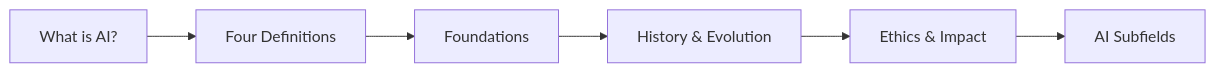
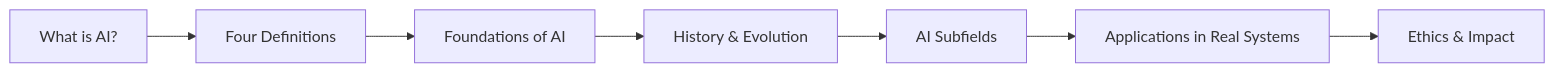
One commit to Raushan666java/ai-engineering-journey changed the diagram in docs/courses/artificial-intelligence/01-introduction.md. Above: the diagram before and after it, drawn with Mermaid. The commit also changed other lines of this file and 26 other files, not shown here.

````diff
--- a/docs/courses/artificial-intelligence/01-introduction.md
+++ b/docs/courses/artificial-intelligence/01-introduction.md
@@ -28,8 +50,9 @@
 ```mermaid
 flowchart LR
     A[What is AI?] --> B[Four Definitions]
-    B --> C[Foundations]
+    B --> C[Foundations of AI]
     C --> D[History & Evolution]
-    D --> E[Ethics & Impact]
-    E --> F[AI Subfields]
+    D --> E[AI Subfields]
+    E --> F[Applications in Real Systems]
+    F --> G[Ethics & Impact]
 ```
````
